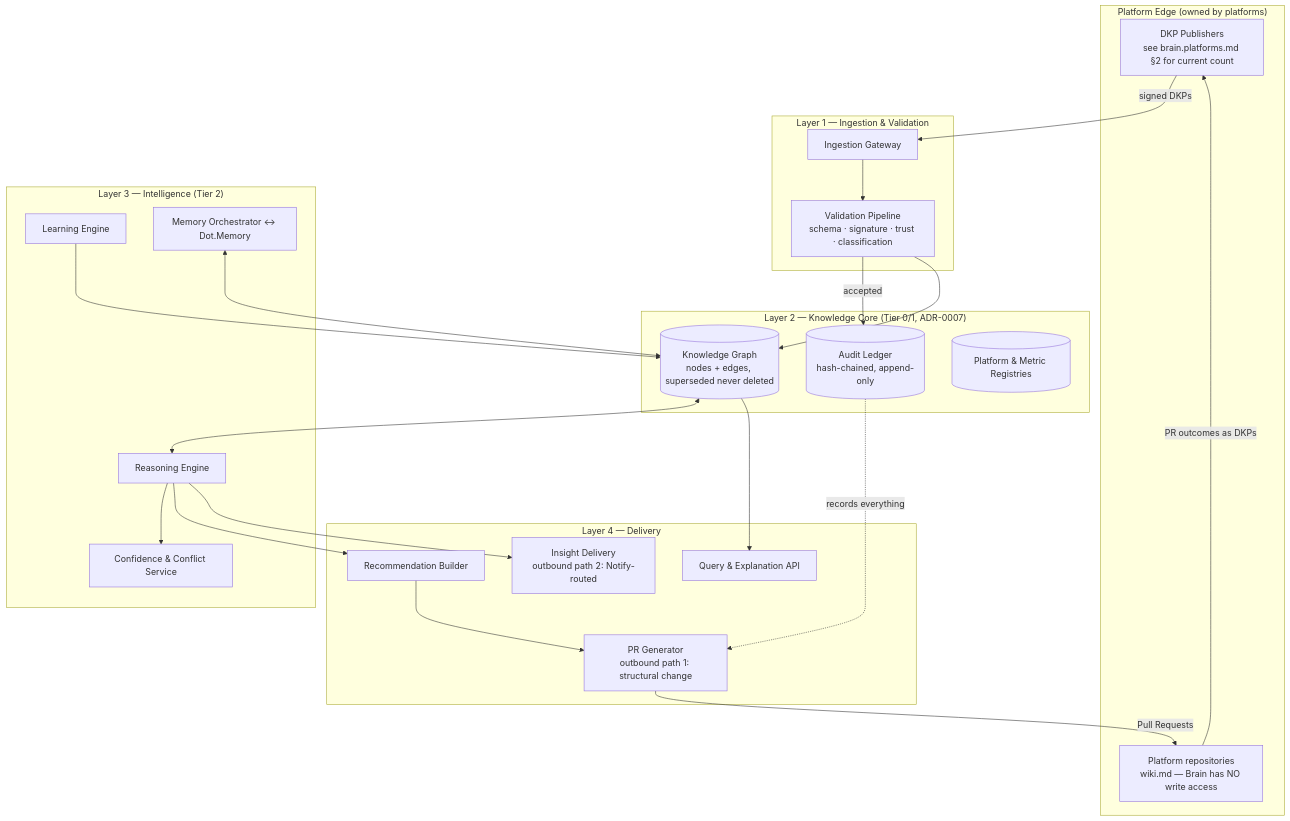
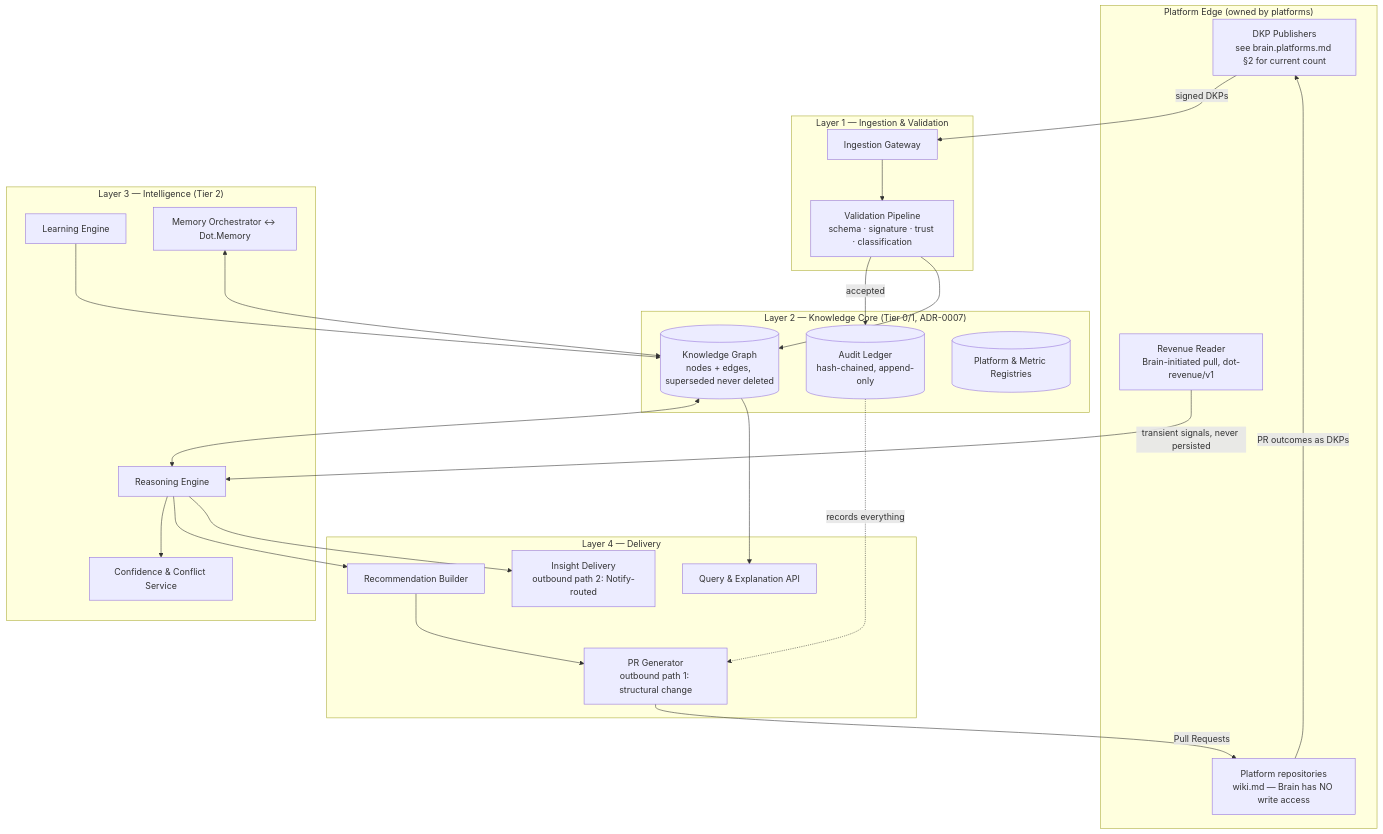
Before and after one commit to sakhilebhayi/Dot.Brain: the first of 2 diagrams in brain.architecture.md, drawn with Mermaid. The commit also changed other lines of this file, not shown here.

Commit message:
docs(brain.architecture): document the Revenue Reader component and its inbound trust-boundary exception

````diff
--- a/brain.architecture.md
+++ b/brain.architecture.md
@@ -31,40 +31,42 @@
 ```mermaid
 graph TB
     subgraph P["Platform Edge (owned by platforms)"]
         PUB[DKP Publishers<br/>see brain.platforms.md §2 for current count]
         REPOS[Platform repositories<br/>wiki.md — Brain has NO write access]
+        REVREAD[Revenue Reader<br/>Brain-initiated pull, dot-revenue/v1]
     end
     subgraph L1["Layer 1 — Ingestion & Validation"]
         GW[Ingestion Gateway]
         VAL[Validation Pipeline<br/>schema · signature · trust · classification]
     end
     subgraph L2["Layer 2 — Knowledge Core (Tier 0/1, ADR-0007)"]
         LEDGER[(Audit Ledger<br/>hash-chained, append-only)]
         GRAPH[(Knowledge Graph<br/>nodes + edges, superseded never deleted)]
         REG[(Platform & Metric Registries)]
     end
     subgraph L3["Layer 3 — Intelligence (Tier 2)"]
         REASON[Reasoning Engine]
         LEARN[Learning Engine]
         MEM[Memory Orchestrator ↔ Dot.Memory]
         CONF[Confidence & Conflict Service]
     end
     subgraph L4["Layer 4 — Delivery"]
         REC[Recommendation Builder]
         PRGEN[PR Generator<br/>outbound path 1: structural change]
         INSDEL[Insight Delivery<br/>outbound path 2: Notify-routed]
         QUERY[Query & Explanation API]
     end
     PUB -->|signed DKPs| GW --> VAL
     VAL -->|accepted| LEDGER
     VAL --> GRAPH
     GRAPH <--> REASON
     REASON --> CONF
     LEARN --> GRAPH
     MEM <--> GRAPH
     REASON --> REC --> PRGEN -->|Pull Requests| REPOS
     REASON --> INSDEL
+    REVREAD -->|transient signals, never persisted| REASON
     REPOS -->|PR outcomes as DKPs| PUB
     GRAPH --> QUERY
     LEDGER -.records everything.-> PRGEN
 ```
````
